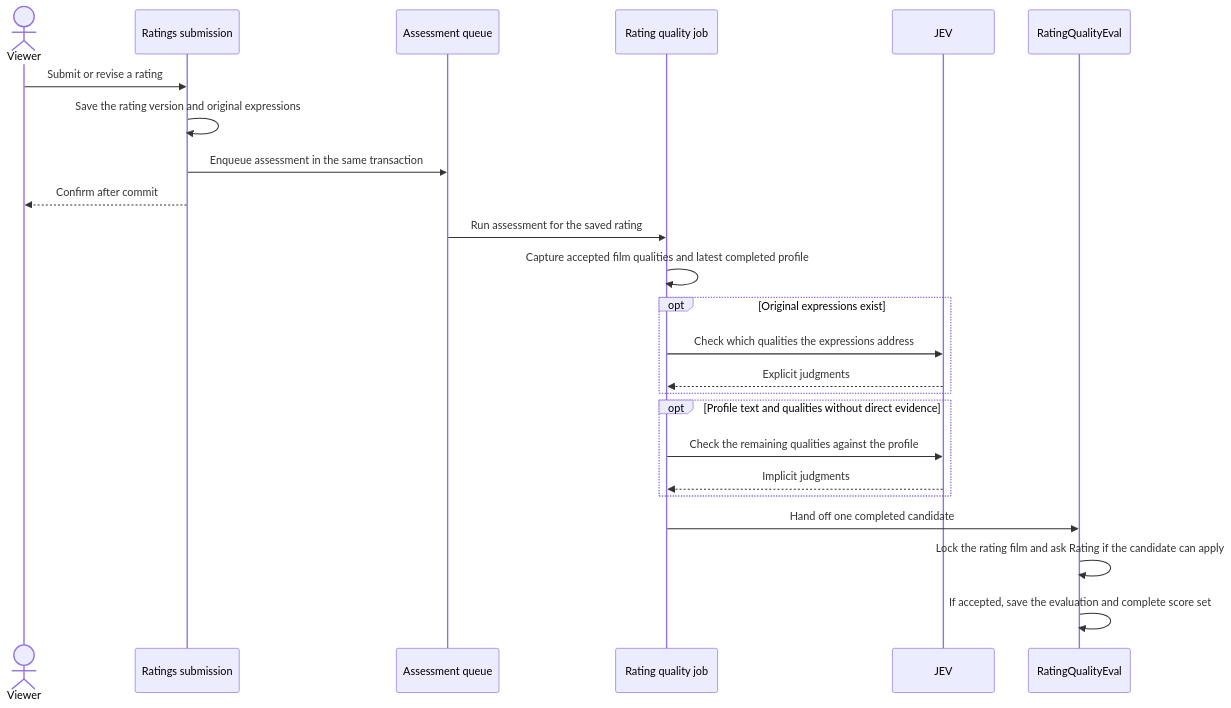
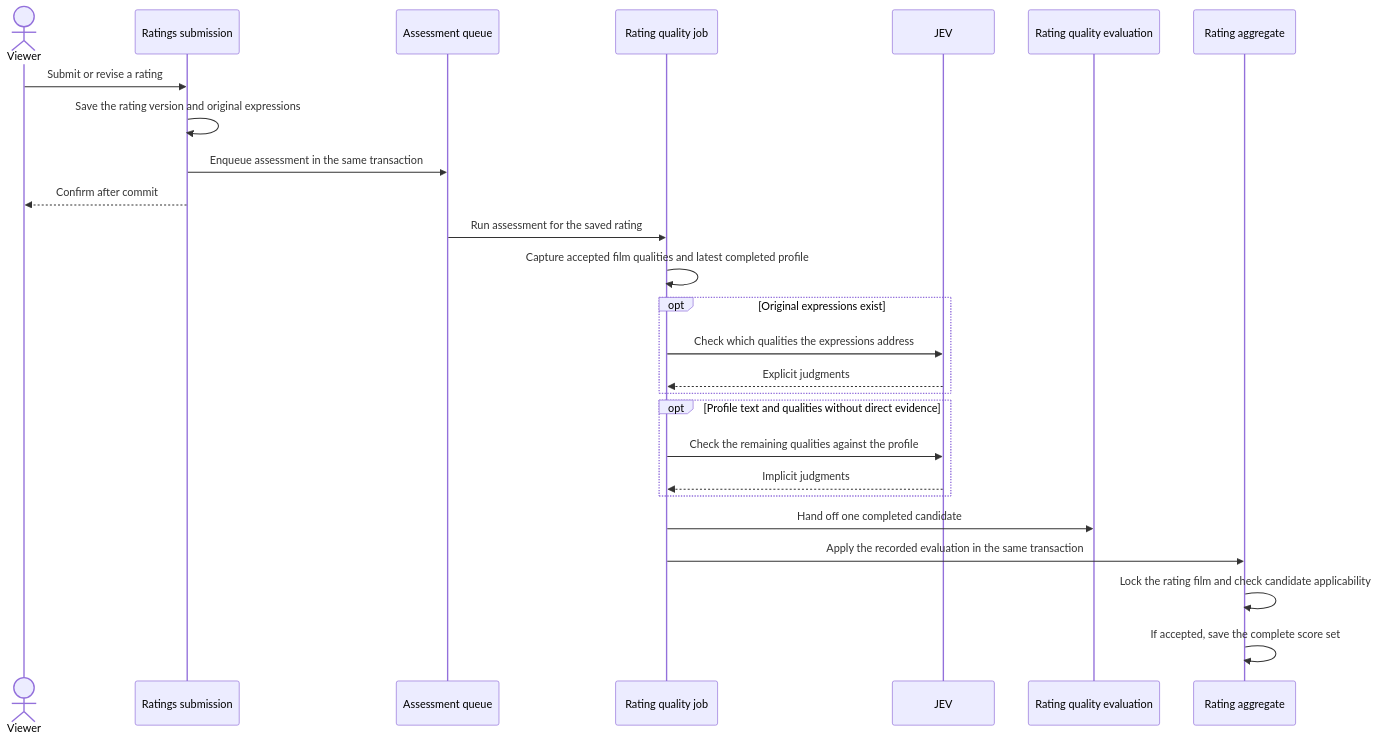
The second of 6 diagrams in docs/ratings_scoring_design.md (adambelton/glutton), drawn with Mermaid before and after one commit. The commit also changed other lines of this file and 42 other files, not shown here.

````diff
--- a/docs/ratings_scoring_design.md
+++ b/docs/ratings_scoring_design.md
@@ -63,27 +63,29 @@
 ```mermaid
 sequenceDiagram
     actor Viewer
     participant Ratings as Ratings submission
     participant Queue as Assessment queue
     participant Job as Rating quality job
     participant JEV
-    participant Eval as RatingQualityEval
+    participant Eval as Rating quality evaluation
+    participant Rating as Rating aggregate
 
     Viewer->>Ratings: Submit or revise a rating
     Ratings->>Ratings: Save the rating version and original expressions
     Ratings->>Queue: Enqueue assessment in the same transaction
     Ratings-->>Viewer: Confirm after commit
     Queue->>Job: Run assessment for the saved rating
     Job->>Job: Capture accepted film qualities and latest completed profile
     opt Original expressions exist
         Job->>JEV: Check which qualities the expressions address
         JEV-->>Job: Explicit judgments
     end
     opt Profile text and qualities without direct evidence
         Job->>JEV: Check the remaining qualities against the profile
         JEV-->>Job: Implicit judgments
     end
     Job->>Eval: Hand off one completed candidate
-    Eval->>Eval: Lock the rating film and ask Rating if the candidate can apply
-    Eval->>Eval: If accepted, save the evaluation and complete score set
+    Job->>Rating: Apply the recorded evaluation in the same transaction
+    Rating->>Rating: Lock the rating film and check candidate applicability
+    Rating->>Rating: If accepted, save the complete score set
 ```
````
